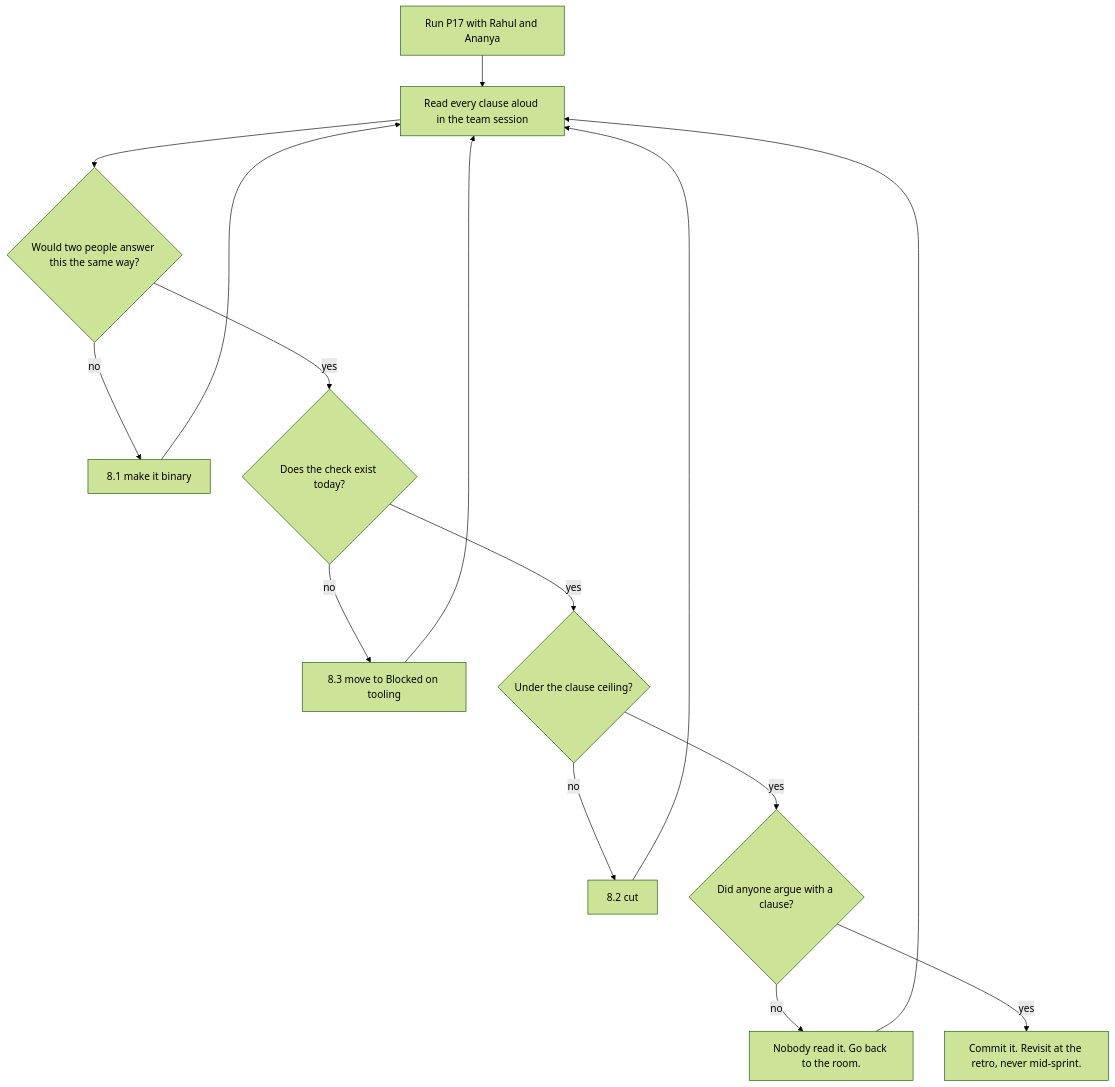
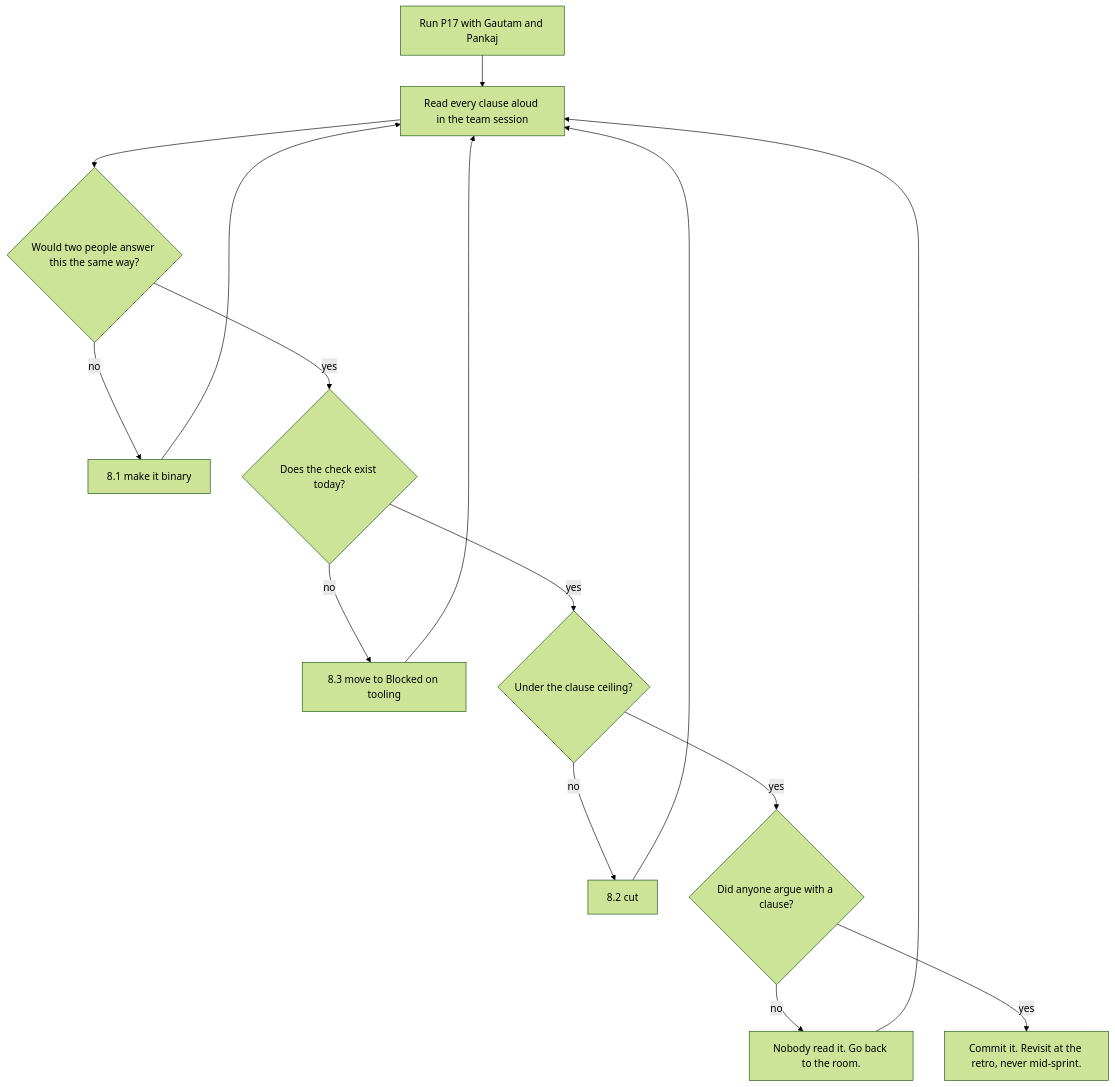
One commit to hemsingh81/learning-system-designs changed the diagram in AI-Agile-Development/AI-Prompts-Library/phase-3-planning/P17-definition-of-done.md. Above: the diagram before and after it, drawn with Mermaid (forest theme). The commit also changed other lines of this file and 99 other files, not shown here.

````diff
--- a/AI-Agile-Development/AI-Prompts-Library/phase-3-planning/P17-definition-of-done.md
+++ b/AI-Agile-Development/AI-Prompts-Library/phase-3-planning/P17-definition-of-done.md
@@ -715,13 +715,13 @@
 ```mermaid
 flowchart TD
-    A[Run P17 with Rahul and Ananya] --> B[Read every clause aloud in the team session]
+    A[Run P17 with Gautam and Pankaj] --> B[Read every clause aloud in the team session]
     B --> C{Would two people answer this the same way?}
     C -- no --> D[8.1 make it binary] --> B
     C -- yes --> E{Does the check exist today?}
     E -- no --> F[8.3 move to Blocked on tooling] --> B
     E -- yes --> G{Under the clause ceiling?}
     G -- no --> H[8.2 cut] --> B
     G -- yes --> I{Did anyone argue with a clause?}
     I -- no --> J[Nobody read it. Go back to the room.] --> B
     I -- yes --> K[Commit it. Revisit at the retro, never mid-sprint.]
 ```
````
